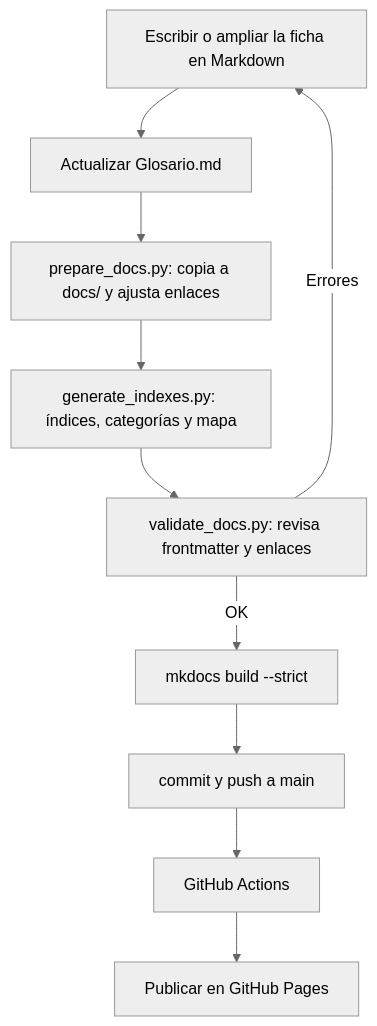
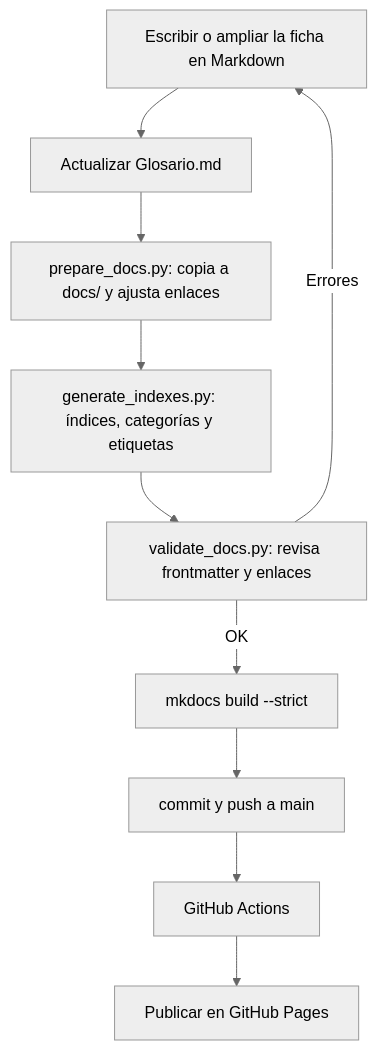
One commit to ifonlob/GlosarioDAW changed the diagram in README.md. Above: the diagram before and after it, drawn with Mermaid (neutral theme). The commit also changed 2 other files, not shown here.

Commit message:
docs: quitar mapa conceptual y arreglar sintaxis Mermaid (minify_html)

````diff
--- a/README.md
+++ b/README.md
@@ -57,12 +57,12 @@
 ```mermaid
 flowchart TD
     A[Escribir o ampliar la ficha en Markdown] --> B[Actualizar Glosario.md]
     B --> C[prepare_docs.py: copia a docs/ y ajusta enlaces]
-    C --> D[generate_indexes.py: índices, categorías y mapa]
+    C --> D[generate_indexes.py: índices, categorías y etiquetas]
     D --> E[validate_docs.py: revisa frontmatter y enlaces]
     E -->|Errores| A
     E -->|OK| F[mkdocs build --strict]
     F --> G[commit y push a main]
     G --> H[GitHub Actions]
     H --> I[Publicar en GitHub Pages]
 ```
````
